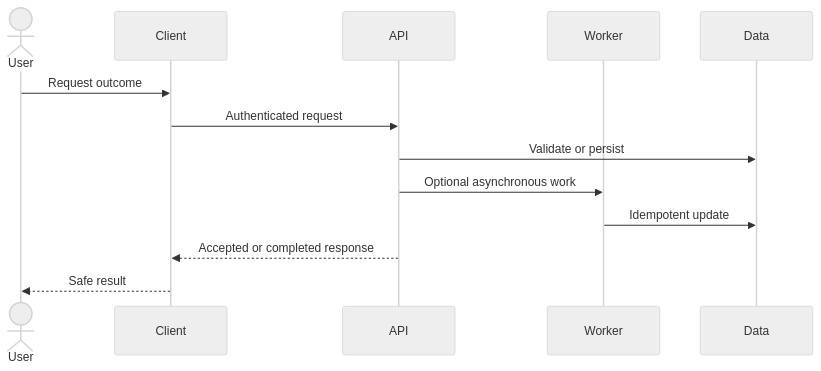
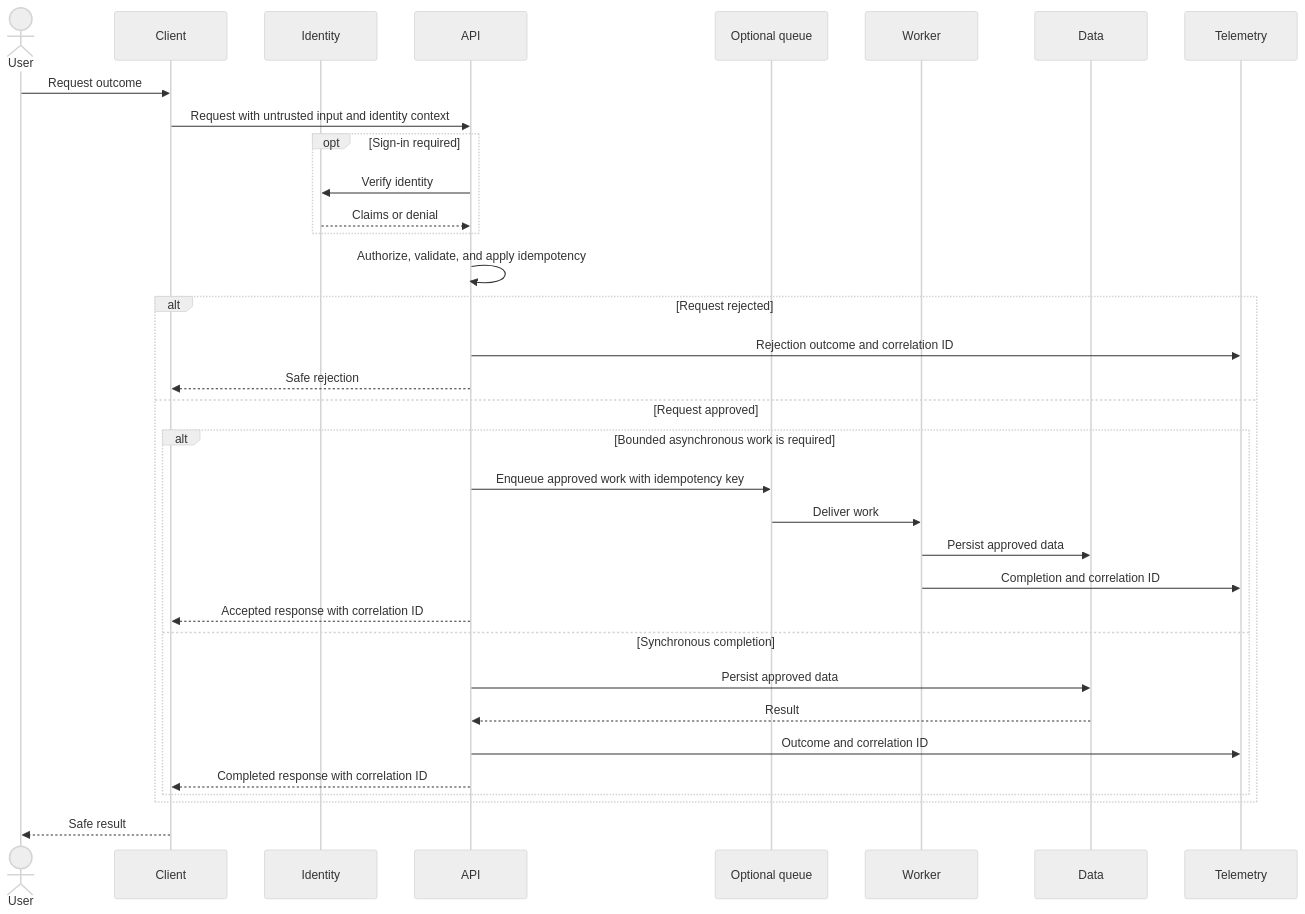
Before and after one commit to Levi-Breedlove/aws-bootstrap: the fourth of 5 diagrams in docs/project/PRD.md, drawn with Mermaid (neutral theme). The commit also changed other lines of this file and 25 other files, not shown here.

````diff
--- a/docs/project/PRD.md
+++ b/docs/project/PRD.md
@@ -571,16 +642,37 @@
 ```mermaid
 sequenceDiagram
     actor User
     participant Client
+    participant Identity
     participant API
+    participant Queue as Optional queue
     participant Worker
     participant Data
+    participant Telemetry
 
     User->>Client: Request outcome
-    Client->>API: Authenticated request
-    API->>Data: Validate or persist
-    API->>Worker: Optional asynchronous work
-    Worker->>Data: Idempotent update
-    API-->>Client: Accepted or completed response
+    Client->>API: Request with untrusted input and identity context
+    opt Sign-in required
+        API->>Identity: Verify identity
+        Identity-->>API: Claims or denial
+    end
+    API->>API: Authorize, validate, and apply idempotency
+    alt Request rejected
+        API->>Telemetry: Rejection outcome and correlation ID
+        API-->>Client: Safe rejection
+    else Request approved
+        alt Bounded asynchronous work is required
+            API->>Queue: Enqueue approved work with idempotency key
+            Queue->>Worker: Deliver work
+            Worker->>Data: Persist approved data
+            Worker->>Telemetry: Completion and correlation ID
+            API-->>Client: Accepted response with correlation ID
+        else Synchronous completion
+            API->>Data: Persist approved data
+            Data-->>API: Result
+            API->>Telemetry: Outcome and correlation ID
+            API-->>Client: Completed response with correlation ID
+        end
+    end
     Client-->>User: Safe result
 ```
````
